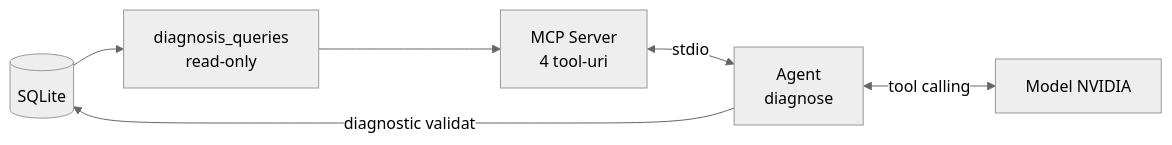
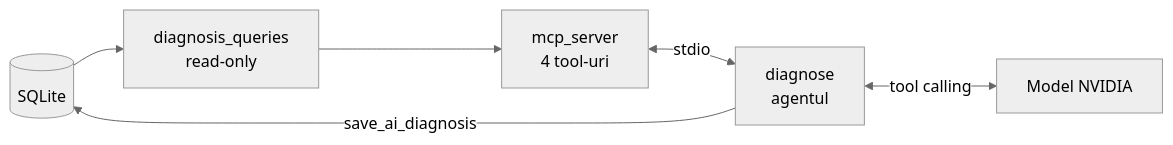
The second of 2 diagrams in incident_manager/AI_part/ai_README.md (mihai-minascurta/NetOps-Sentinel), drawn with Mermaid (neutral theme) before and after one commit. The commit also changed other lines of this file and 3 other files, not shown here.

````diff
--- a/incident_manager/AI_part/ai_README.md
+++ b/incident_manager/AI_part/ai_README.md
@@ -14,8 +37,8 @@
 ```mermaid
 flowchart LR
     DB[(SQLite)] --> Q[diagnosis_queries<br/>read-only]
-    Q --> MCP[MCP Server<br/>4 tool-uri]
-    MCP <-->|stdio| AG[Agent<br/>diagnose]
+    Q --> MCP[mcp_server<br/>4 tool-uri]
+    MCP <-->|stdio| AG[diagnose<br/>agentul]
     AG <-->|tool calling| LLM[Model NVIDIA]
-    AG -->|diagnostic validat| DB
+    AG -->|save_ai_diagnosis| DB
 ```
````
